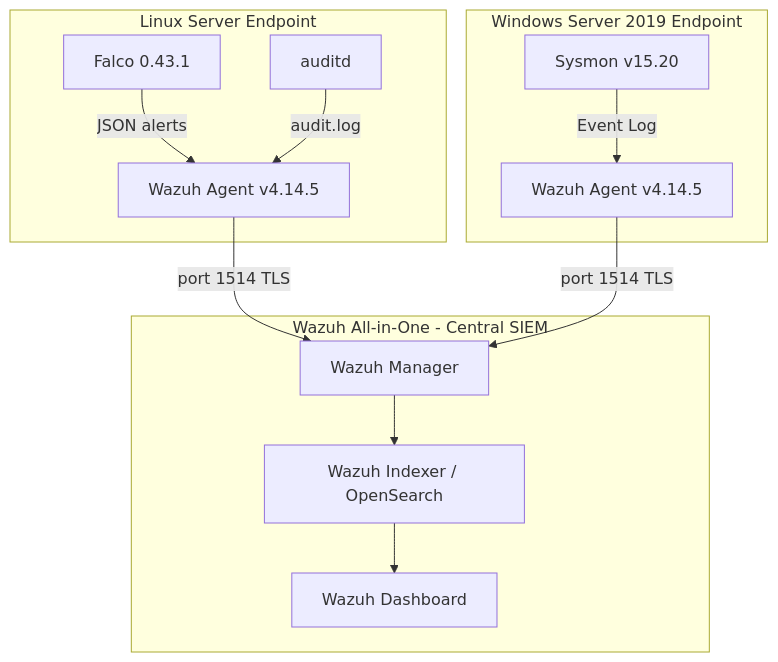
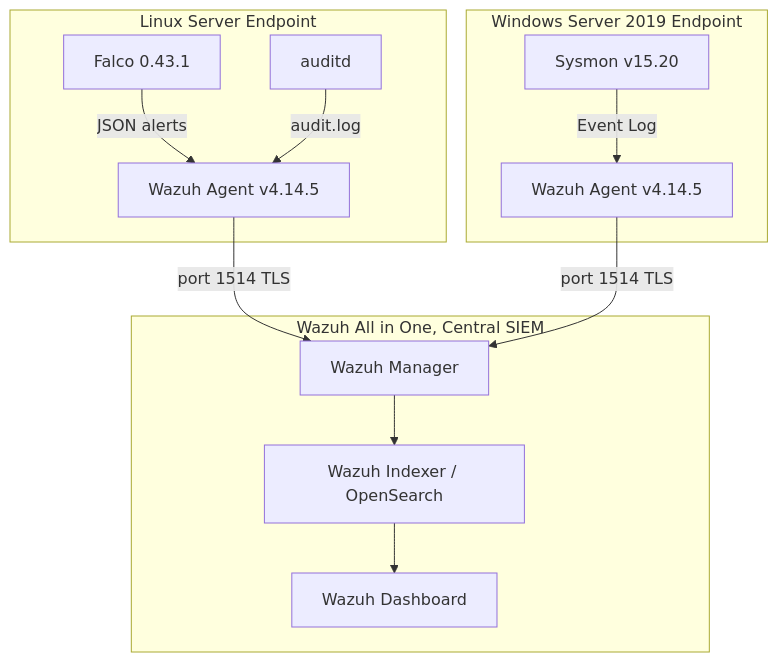
One commit to dimasqiramadhani/endpoint-detection-coverage changed the diagram in README.md. Above: the diagram before and after it, drawn with Mermaid. The commit also changed other lines of this file and 44 other files, not shown here.

````diff
--- a/README.md
+++ b/README.md
@@ -20,26 +47,26 @@
 ```mermaid
 graph TB
-    subgraph AIO["Wazuh All-in-One - Central SIEM"]
+    subgraph AIO["Wazuh All in One, Central SIEM"]
         WM[Wazuh Manager]
         WI[Wazuh Indexer / OpenSearch]
         WD[Wazuh Dashboard]
         WM --> WI --> WD
     end
 
     subgraph LINUX["Linux Server Endpoint"]
         LA[Wazuh Agent v4.14.5]
         Falco[Falco 0.43.1]
         Auditd[auditd]
         Falco -->|JSON alerts| LA
         Auditd -->|audit.log| LA
     end
 
     subgraph WIN["Windows Server 2019 Endpoint"]
         WA[Wazuh Agent v4.14.5]
         Sysmon[Sysmon v15.20]
         Sysmon -->|Event Log| WA
     end
 
     LA -->|port 1514 TLS| WM
     WA -->|port 1514 TLS| WM
 ```
````
